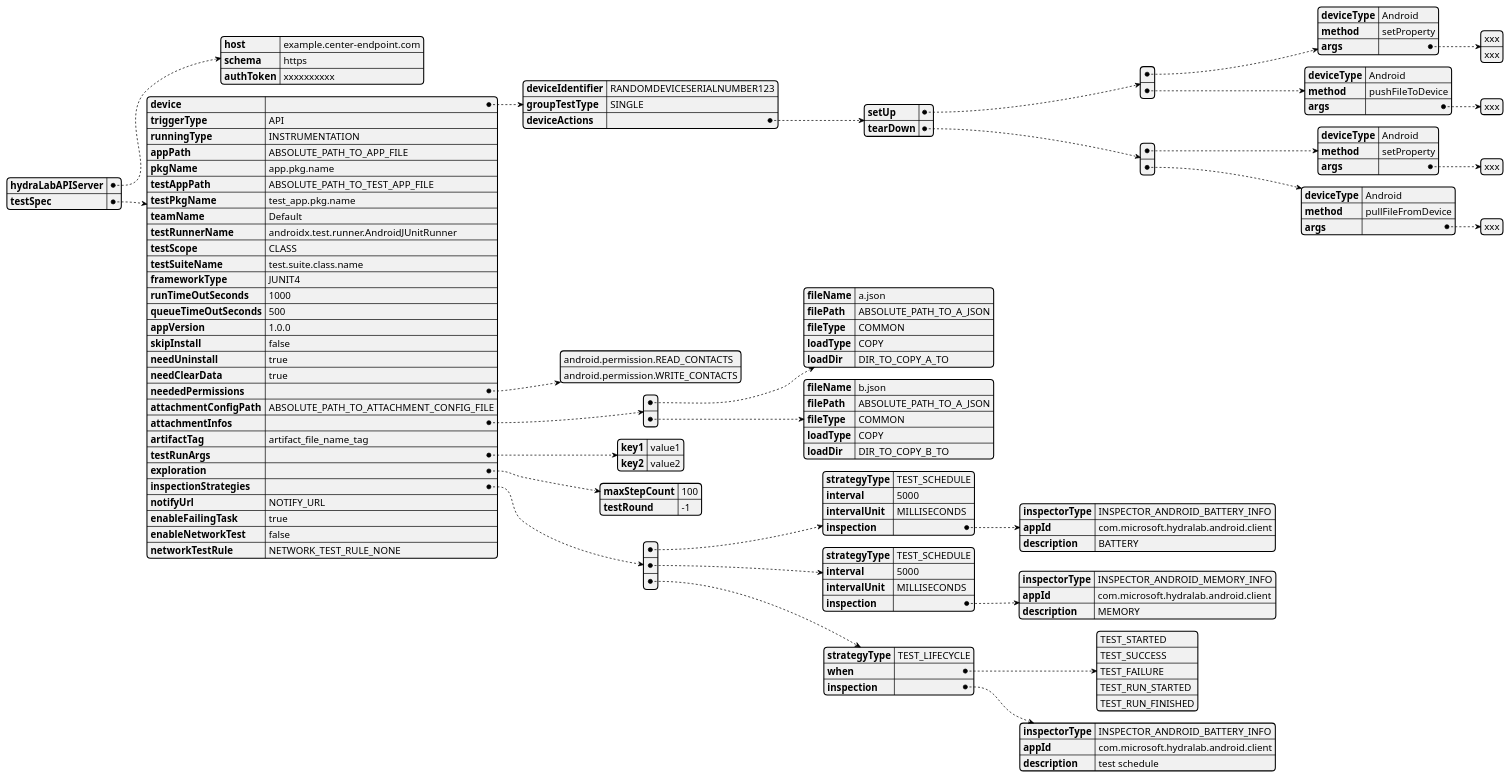
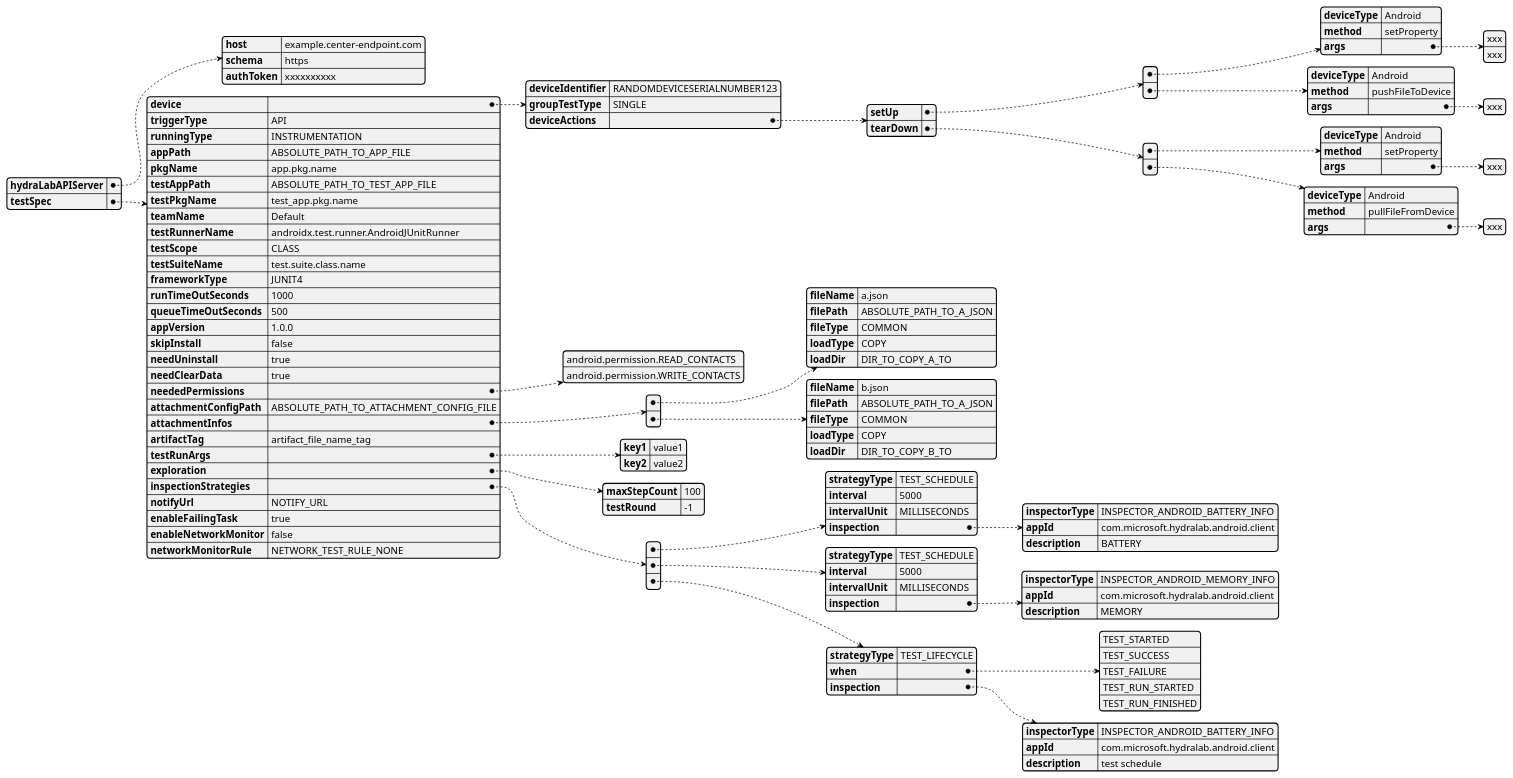
One commit to microsoft/HydraLab changed the diagram in gradle_plugin/doc/UML/gradle_plugin_yaml_config_design.puml. Above: the diagram before and after it, drawn with PlantUML. The commit also changed 5 other files, not shown here.

Commit message:
Rename network test to network monitor for uniformity

```diff
--- a/gradle_plugin/doc/UML/gradle_plugin_yaml_config_design.puml
+++ b/gradle_plugin/doc/UML/gradle_plugin_yaml_config_design.puml
@@ -1,100 +1,100 @@
 @startyaml
 hydraLabAPIServer:
     host: example.center-endpoint.com
     schema: https
     authToken: xxxxxxxxxx
 testSpec:
     device:
         deviceIdentifier: RANDOMDEVICESERIALNUMBER123
         groupTestType: SINGLE
         deviceActions:
             setUp:
             - deviceType: Android
               method: setProperty
               args:
                 - xxx
                 - xxx
             - deviceType: Android
               method: pushFileToDevice
               args:
                 - xxx
             tearDown:
             - deviceType: Android
               method: setProperty
               args:
               - xxx
             - deviceType: Android
               method: pullFileFromDevice
               args:
               - xxx
     triggerType: API
     runningType: INSTRUMENTATION
     appPath: ABSOLUTE_PATH_TO_APP_FILE
     pkgName: app.pkg.name
     testAppPath: ABSOLUTE_PATH_TO_TEST_APP_FILE
     testPkgName: test_app.pkg.name
     teamName: Default
     testRunnerName: androidx.test.runner.AndroidJUnitRunner
     testScope: CLASS
     testSuiteName: test.suite.class.name
     frameworkType: JUNIT4
     runTimeOutSeconds: 1000
     queueTimeOutSeconds: 500
     appVersion: 1.0.0
     skipInstall: false
     needUninstall: true
     needClearData: true
     neededPermissions:
         - android.permission.READ_CONTACTS
         - android.permission.WRITE_CONTACTS
     attachmentConfigPath: ABSOLUTE_PATH_TO_ATTACHMENT_CONFIG_FILE
     attachmentInfos:
     - fileName: a.json
       filePath: ABSOLUTE_PATH_TO_A_JSON
       fileType: COMMON
       loadType: COPY
       loadDir: DIR_TO_COPY_A_TO
     - fileName: b.json
       filePath: ABSOLUTE_PATH_TO_A_JSON
       fileType: COMMON
       loadType: COPY
       loadDir: DIR_TO_COPY_B_TO
     artifactTag: artifact_file_name_tag
     testRunArgs:
         key1: value1
         key2: value2
     exploration:
         maxStepCount: 100
         testRound: -1
     inspectionStrategies:
     - strategyType: TEST_SCHEDULE
       interval: 5000
       intervalUnit: MILLISECONDS
       inspection:
         inspectorType: INSPECTOR_ANDROID_BATTERY_INFO
         appId: com.microsoft.hydralab.android.client
         description: BATTERY
     - strategyType: TEST_SCHEDULE
       interval: 5000
       intervalUnit: MILLISECONDS
       inspection:
         inspectorType: INSPECTOR_ANDROID_MEMORY_INFO
         appId: com.microsoft.hydralab.android.client
         description: MEMORY
     - strategyType: TEST_LIFECYCLE
       when:
         - TEST_STARTED
         - TEST_SUCCESS
         - TEST_FAILURE
         - TEST_RUN_STARTED
         - TEST_RUN_FINISHED
       inspection:
         inspectorType: INSPECTOR_ANDROID_BATTERY_INFO
         appId: com.microsoft.hydralab.android.client
         description: test schedule
     notifyUrl: NOTIFY_URL
     enableFailingTask: true
-    enableNetworkTest: false
-    networkTestRule: NETWORK_TEST_RULE_NONE
+    enableNetworkMonitor: false
+    networkMonitorRule: NETWORK_TEST_RULE_NONE
 
 @endyaml
```
